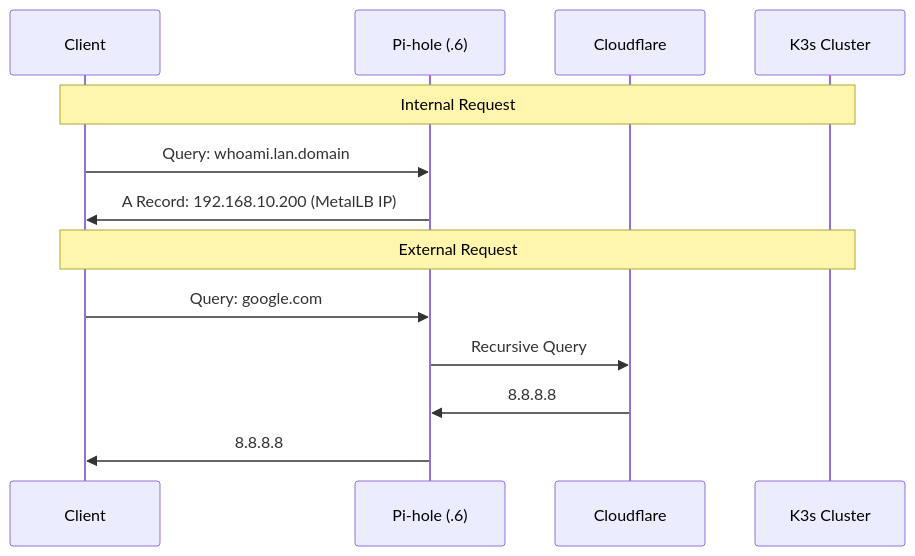
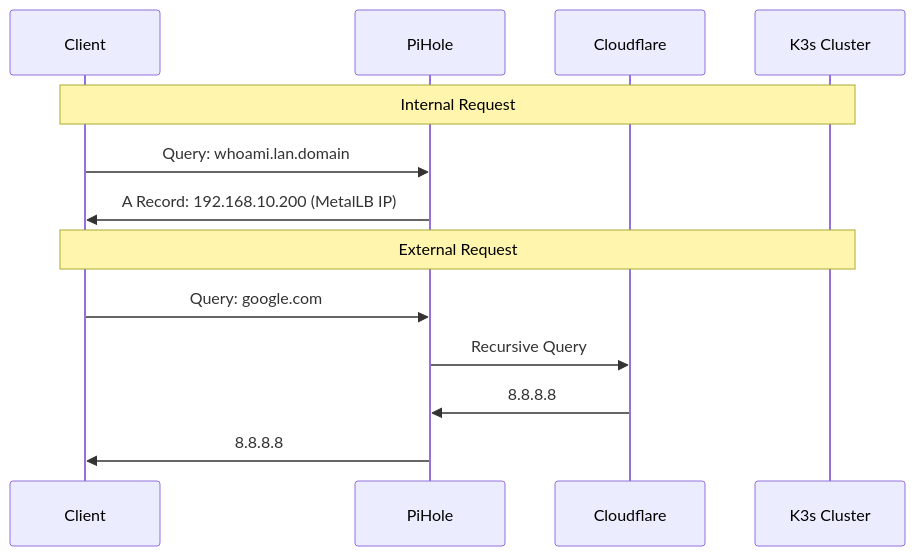
One commit to nreymundo/home-lab-iac changed the second of 2 diagrams in docs/NETWORKING.md. Above: the diagram before and after it, drawn with Mermaid. The commit also changed other lines of this file and 2 other files, not shown here.

````diff
--- a/docs/NETWORKING.md
+++ b/docs/NETWORKING.md
@@ -65,17 +65,17 @@
 ```mermaid
 sequenceDiagram
     participant Client
-    participant PiHole as Pi-hole (.6)
+    participant PiHole
     participant Cloudflare
     participant K8s as K3s Cluster
 
     Note over Client,K8s: Internal Request
     Client->>PiHole: Query: whoami.lan.domain
     PiHole->>Client: A Record: 192.168.10.200 (MetalLB IP)
 
     Note over Client,K8s: External Request
     Client->>PiHole: Query: google.com
     PiHole->>Cloudflare: Recursive Query
     Cloudflare->>PiHole: 8.8.8.8
     PiHole->>Client: 8.8.8.8
 ```
````
